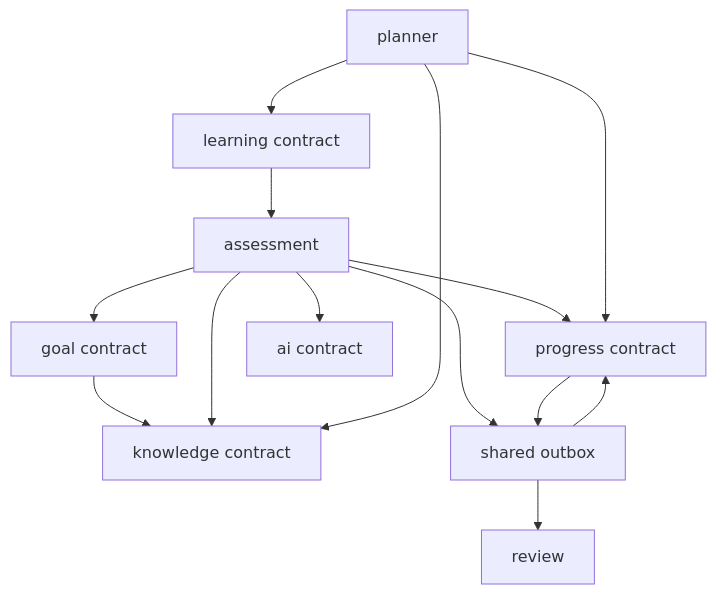
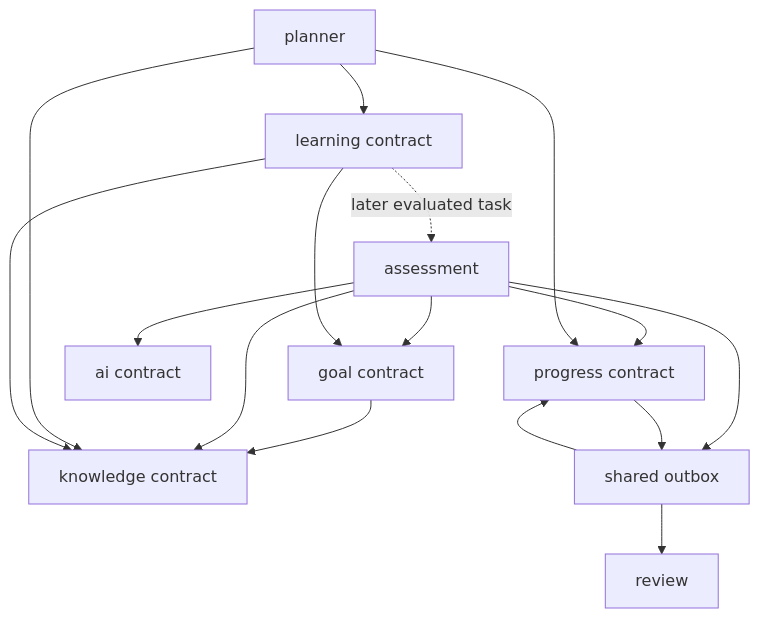
Before and after one commit to TminTtapcode/SkillPath: the diagram in docs/architecture/MODULE_BOUNDARIES.md, drawn with Mermaid. The commit also changed other lines of this file and 38 other files, not shown here.

Commit message:
feat: deliver phase 5 learning flow and repair backend CI

````diff
--- a/docs/architecture/MODULE_BOUNDARIES.md
+++ b/docs/architecture/MODULE_BOUNDARIES.md
@@ -29,16 +29,18 @@
 ```mermaid
 flowchart TD
     GOAL[goal] --> K[knowledge contract]
     AS --> GOAL[goal contract]
     AS[assessment] --> K
     AS --> PR[progress contract]
     AS --> OB[shared outbox]
     OB --> PR
     PR --> OB
     OB --> RV[review]
     PL[planner] --> K
     PL --> PR
     PL --> L[learning contract]
-    L --> AS
+    L --> GOAL
+    L --> K
+    L -. later evaluated task .-> AS
     AS --> AI[ai contract]
 ```
````
